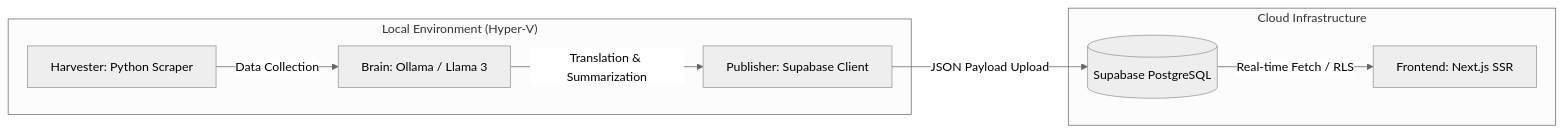
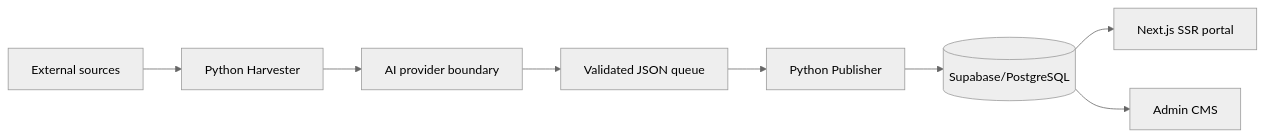
The diagram in README.md (Gyliardson/little-mere-news), drawn with Mermaid (neutral theme) before and after one commit. The commit also changed other lines of this file, not shown here.

````diff
--- a/README.md
+++ b/README.md
@@ -23,20 +10,10 @@
 ```mermaid
 flowchart LR
-    subgraph Local["Local Environment (Hyper-V)"]
-        H[Harvester: Python Scraper]
-        B[Brain: Ollama / Llama 3]
-        P[Publisher: Supabase Client]
-        
-        H -->|Data Collection| B
-        B -->|Translation & Summarization| P
-    end
-    
-    subgraph Cloud["Cloud Infrastructure"]
-        DB[(Supabase PostgreSQL)]
-        R[Frontend: Next.js SSR]
-        
-        DB -->|Real-time Fetch / RLS| R
-    end
-
-    P -->|JSON Payload Upload| DB
+  S[External sources] --> H[Python Harvester]
+  H --> A[AI provider boundary]
+  A --> Q[Validated JSON queue]
+  Q --> P[Python Publisher]
+  P --> DB[(Supabase/PostgreSQL)]
+  DB --> W[Next.js SSR portal]
+  DB --> C[Admin CMS]
 ```
````
